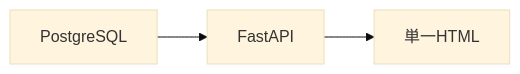
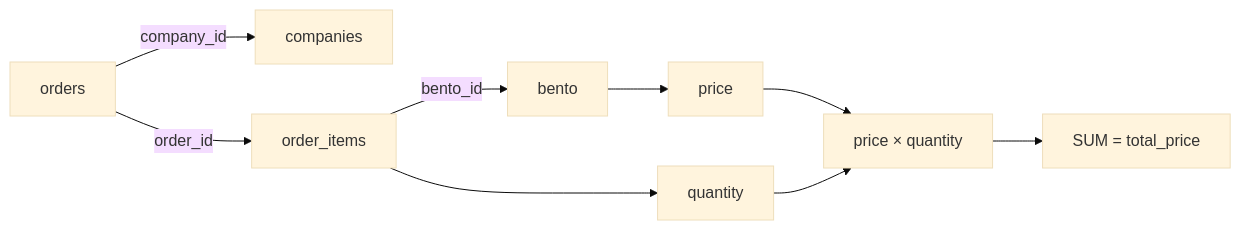
One commit to gyakusu/fastapi-postgres-demo changed the fifth of 7 diagrams in README.md. Above: the diagram before and after it, drawn with Mermaid (base theme). The commit also changed other lines of this file, not shown here.

````diff
--- a/README.md
+++ b/README.md
@@ -538,5 +456,17 @@
 ```mermaid
 flowchart LR
-    A[PostgreSQL] --> B[FastAPI]
-    B --> C[単一HTML]
+    O[orders]
+    C[companies]
+    I[order_items]
+    B[bento]
+
+    O -->|company_id| C
+    O -->|order_id| I
+    I -->|bento_id| B
+
+    B --> X[price]
+    I --> Y[quantity]
+    X --> Z[price × quantity]
+    Y --> Z
+    Z --> S[SUM = total_price]
 ```
````
